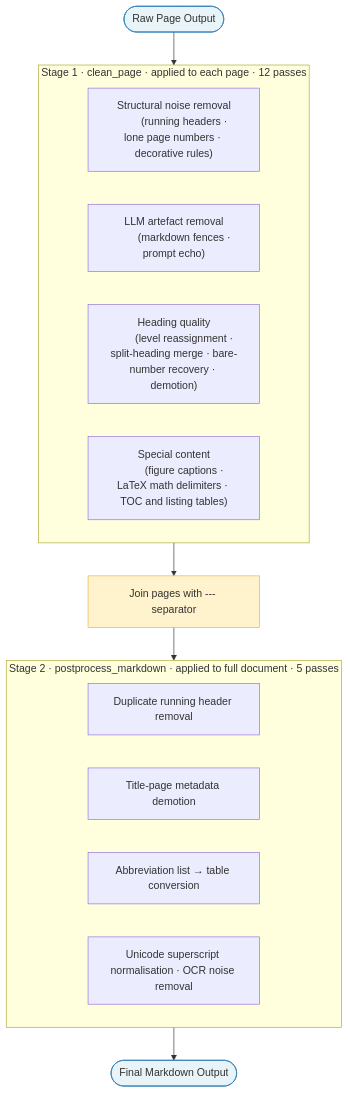
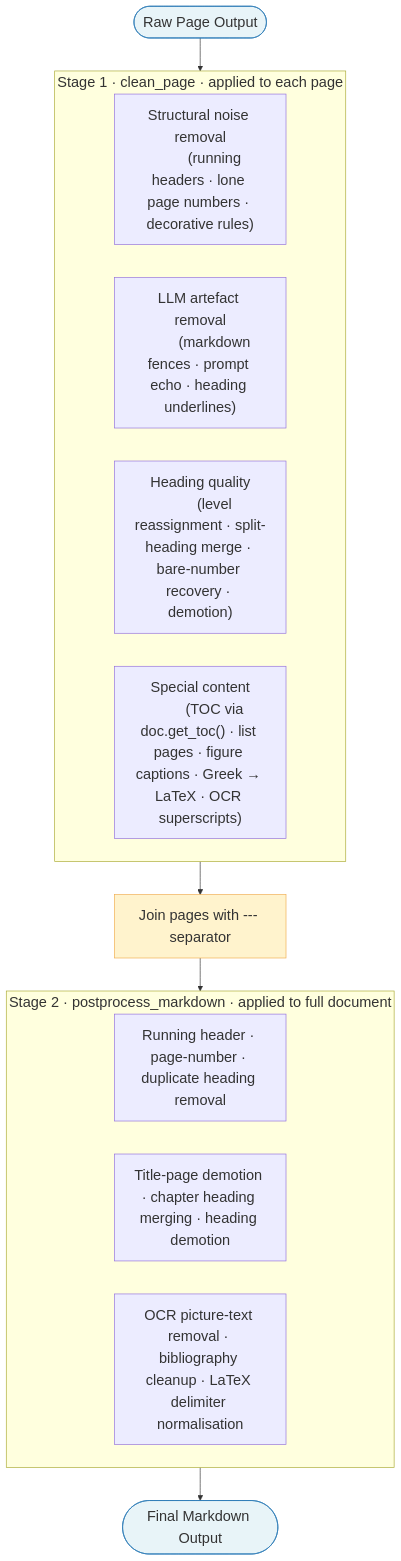
One commit to noormartini/pdf2md changed the diagram in Thesis_Paper/diagrams/postprocessing.mmd. Above: the diagram before and after it, drawn with Mermaid. The commit also changed 10 other files, not shown here.

```diff
--- a/Thesis_Paper/diagrams/postprocessing.mmd
+++ b/Thesis_Paper/diagrams/postprocessing.mmd
@@ -1,29 +1,29 @@
+%%{init: {'theme': 'default', 'themeVariables': {'fontSize': '22px', 'fontFamily': 'arial'}}}%%
 flowchart TD
     A([Raw Page Output]) --> B
 
-    subgraph B[" Stage 1 · clean_page · applied to each page · 12 passes "]
+    subgraph B[" Stage 1 · clean_page · applied to each page "]
         B1["Structural noise removal
         (running headers · lone page numbers · decorative rules)"]
         B2["LLM artefact removal
-        (markdown fences · prompt echo)"]
+        (markdown fences · prompt echo · heading underlines)"]
         B3["Heading quality
         (level reassignment · split-heading merge · bare-number recovery · demotion)"]
         B4["Special content
-        (figure captions · LaTeX math delimiters · TOC and listing tables)"]
+        (TOC via doc.get_toc() · list pages · figure captions · Greek → LaTeX · OCR superscripts)"]
     end
 
     B --> C[Join pages with --- separator]
     C --> D
 
-    subgraph D[" Stage 2 · postprocess_markdown · applied to full document · 5 passes "]
-        D1["Duplicate running header removal"]
-        D2["Title-page metadata demotion"]
-        D3["Abbreviation list → table conversion"]
-        D4["Unicode superscript normalisation · OCR noise removal"]
+    subgraph D[" Stage 2 · postprocess_markdown · applied to full document "]
+        D1["Running header · page-number · duplicate heading removal"]
+        D2["Title-page demotion · chapter heading merging · heading demotion"]
+        D3["OCR picture-text removal · bibliography cleanup · LaTeX delimiter normalisation"]
     end
 
     D --> E([Final Markdown Output])
 
     style A fill:#e8f4f8,stroke:#2c7bb6
     style E fill:#e8f4f8,stroke:#2c7bb6
     style C fill:#fff3cd,stroke:#f0ad4e
```
